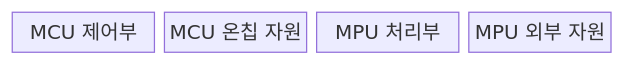
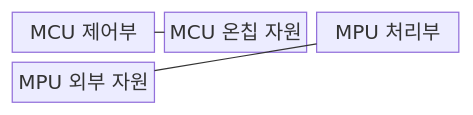
Before and after one commit to agnusdei1207/knowledge-base: the first of 2 diagrams in src/content/docs/notes/02-hardware/083_microcontroller_vs_microprocessor.md, drawn with Mermaid. The commit also changed other lines of this file and 86 other files, not shown here.

````diff
--- a/src/content/docs/notes/02-hardware/083_microcontroller_vs_microprocessor.md
+++ b/src/content/docs/notes/02-hardware/083_microcontroller_vs_microprocessor.md
@@ -63,8 +63,10 @@
 ```mermaid
-block
-  columns 4
+block-beta
+  columns 3
   A["MCU 제어부"]
   B["MCU 온칩 자원"]
   C["MPU 처리부"]
   D["MPU 외부 자원"]
+  A --- B
+  C --- D
 ```
````
